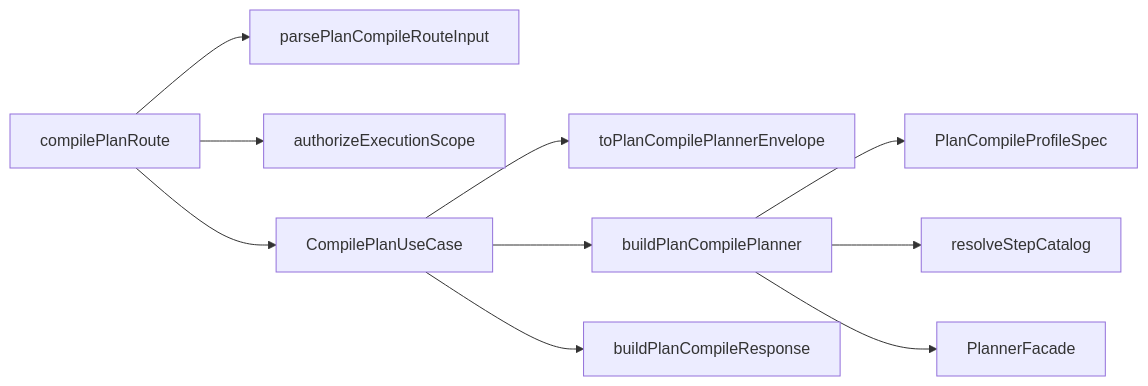
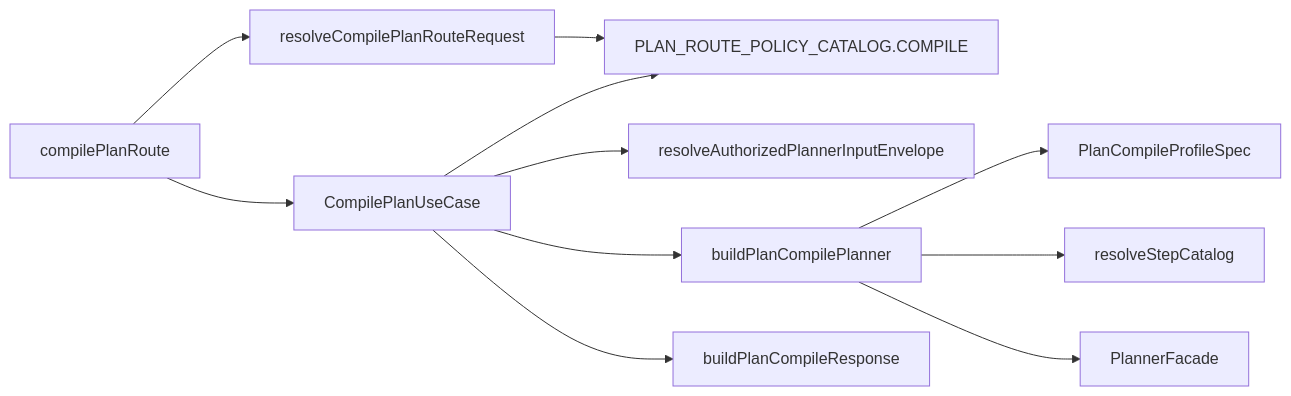
One commit to dunay2/dvt changed the third of 7 diagrams in docs/guides/plan-compile-target-architecture-technical-manual-20260417.md. Above: the diagram before and after it, drawn with Mermaid. The commit also changed other lines of this file and 20 other files, not shown here.

Commit message:
refactor(api): Declare plan-route policy catalog and unify planner-input seam

````diff
--- a/docs/guides/plan-compile-target-architecture-technical-manual-20260417.md
+++ b/docs/guides/plan-compile-target-architecture-technical-manual-20260417.md
@@ -141,23 +141,24 @@
 ```mermaid
 flowchart LR
   Route["compilePlanRoute"]
-  Parser["parsePlanCompileRouteInput"]
-  Auth["authorizeExecutionScope"]
+  Request["resolveCompilePlanRouteRequest"]
+  Policy["PLAN_ROUTE_POLICY_CATALOG.COMPILE"]
   UseCase["CompilePlanUseCase"]
-  Envelope["toPlanCompilePlannerEnvelope"]
+  Envelope["resolveAuthorizedPlannerInputEnvelope"]
   Profile["PlanCompileProfileSpec"]
   Resolver["resolveStepCatalog"]
   Builder["buildPlanCompilePlanner"]
   Planner["PlannerFacade"]
   Presenter["buildPlanCompileResponse"]
 
-  Route --> Parser
-  Route --> Auth
+  Route --> Request
+  Request --> Policy
   Route --> UseCase
+  UseCase --> Policy
   UseCase --> Envelope
   UseCase --> Builder
   Builder --> Profile
   Builder --> Resolver
   Builder --> Planner
   UseCase --> Presenter
 ```
````
